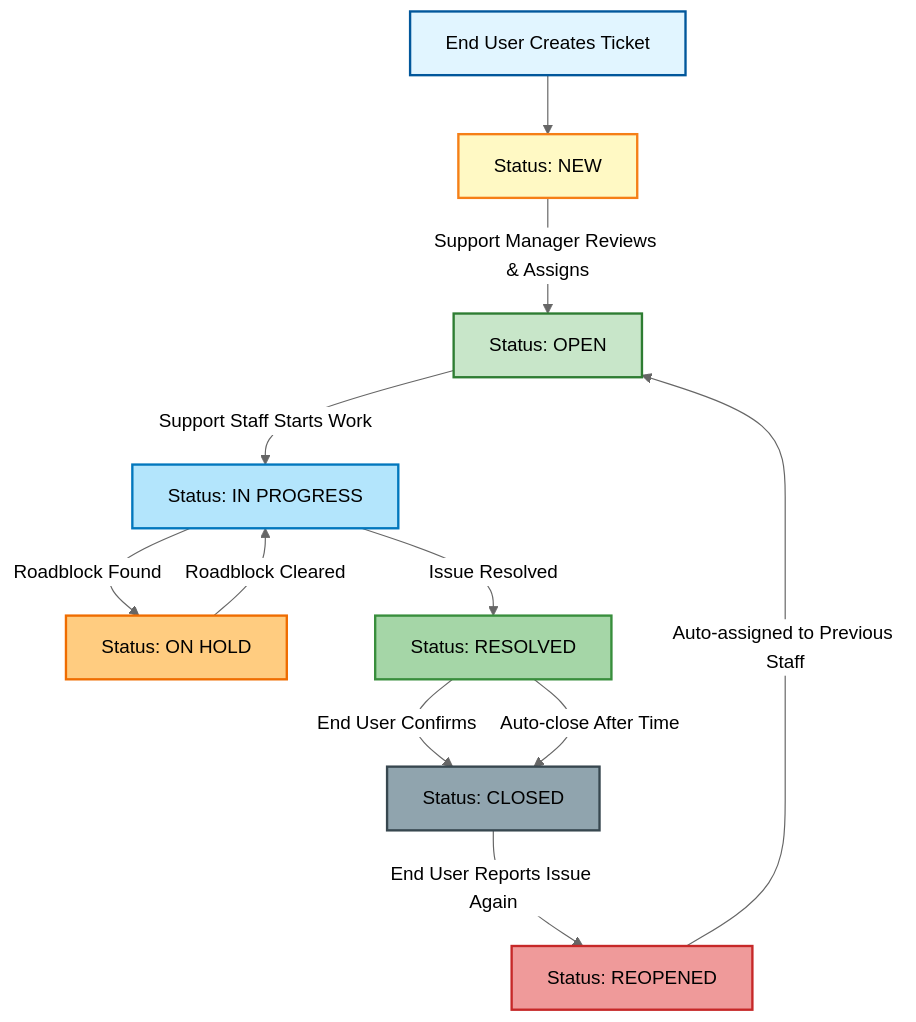
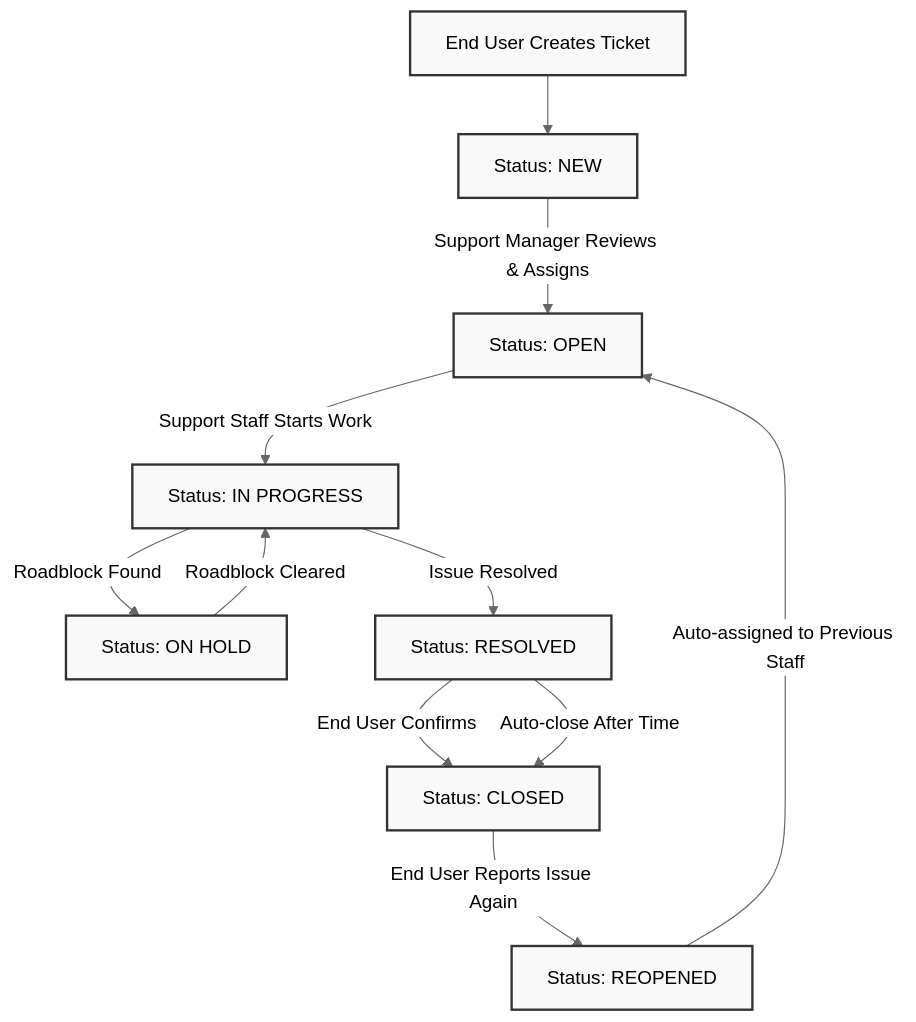
The third of 3 diagrams in NTG-Ticket-User Guide.md (salmanb74-dev/ntg-ticket), drawn with Mermaid (neutral theme) before and after one commit. The commit also changed other lines of this file, not shown here.

````diff
--- a/NTG-Ticket-User Guide.md
+++ b/NTG-Ticket-User Guide.md
@@ -131,29 +119,29 @@
 ```mermaid
 flowchart TD
     Start[End User Creates Ticket] --> New[Status: NEW]
     
     New -->|Support Manager Reviews & Assigns| Open[Status: OPEN]
     
     Open -->|Support Staff Starts Work| InProgress[Status: IN PROGRESS]
     
     InProgress -->|Roadblock Found| OnHold[Status: ON HOLD]
     InProgress -->|Issue Resolved| Resolved[Status: RESOLVED]
     
     OnHold -->|Roadblock Cleared| InProgress
     
     Resolved -->|End User Confirms| Closed[Status: CLOSED]
     Resolved -->|Auto-close After Time| Closed
     
     Closed -->|End User Reports Issue Again| Reopened[Status: REOPENED]
     
     Reopened -->|Auto-assigned to Previous Staff| Open
     
-    style Start fill:#e1f5ff,stroke:#01579b,stroke-width:2px,color:#000
-    style New fill:#fff9c4,stroke:#f57f17,stroke-width:2px,color:#000
-    style Open fill:#c8e6c9,stroke:#2e7d32,stroke-width:2px,color:#000
-    style InProgress fill:#b3e5fc,stroke:#0277bd,stroke-width:2px,color:#000
-    style OnHold fill:#ffcc80,stroke:#ef6c00,stroke-width:2px,color:#000
-    style Resolved fill:#a5d6a7,stroke:#388e3c,stroke-width:2px,color:#000
-    style Closed fill:#90a4ae,stroke:#37474f,stroke-width:2px,color:#000
-    style Reopened fill:#ef9a9a,stroke:#c62828,stroke-width:2px,color:#000
+    style Start fill:#f9f9f9,stroke:#333,stroke-width:2px,color:#000
+    style New fill:#f9f9f9,stroke:#333,stroke-width:2px,color:#000
+    style Open fill:#f9f9f9,stroke:#333,stroke-width:2px,color:#000
+    style InProgress fill:#f9f9f9,stroke:#333,stroke-width:2px,color:#000
+    style OnHold fill:#f9f9f9,stroke:#333,stroke-width:2px,color:#000
+    style Resolved fill:#f9f9f9,stroke:#333,stroke-width:2px,color:#000
+    style Closed fill:#f9f9f9,stroke:#333,stroke-width:2px,color:#000
+    style Reopened fill:#f9f9f9,stroke:#333,stroke-width:2px,color:#000
 ```
````
